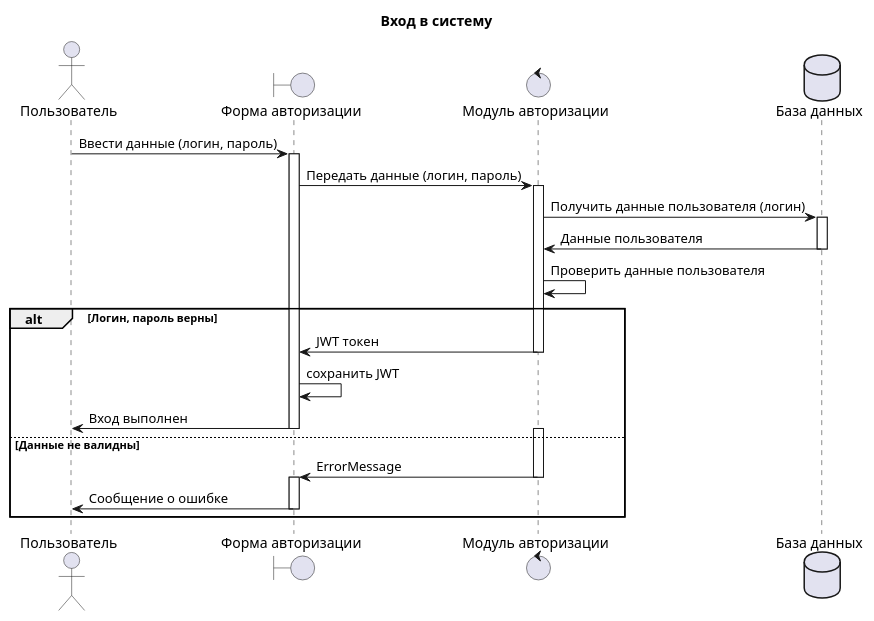
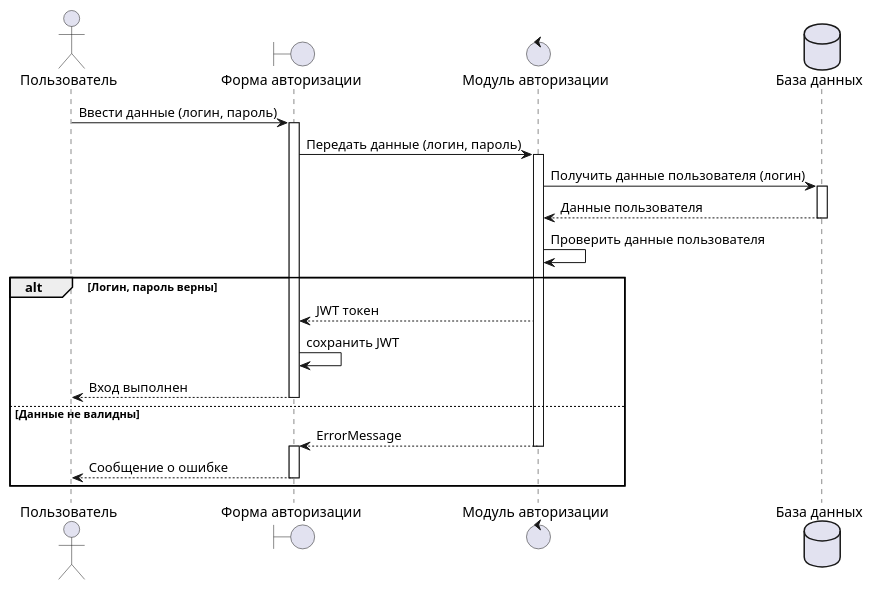
Before and after one commit to gtcoda/ARAS: the diagram in web/uml/login.puml, drawn with PlantUML. The commit also changed 10 other files, not shown here.

Commit message:
Доделал диаграммы последовательности

```diff
--- a/web/uml/login.puml
+++ b/web/uml/login.puml
@@ -1,34 +1,30 @@
 @startuml
-title "Вход в систему"
 actor "Пользователь" as User
 boundary "Форма авторизации" as loginForm
 control "Модуль авторизации" as loginModul
 database "База данных" as DB
 
-User -> loginForm : Ввести данные (логин, пароль)
-activate loginForm
-loginForm -> loginModul : Передать данные (логин, пароль)
-activate loginModul
-loginModul -> DB : Получить данные пользователя (логин)
-activate DB
-DB -> loginModul : Данные пользователя
-deactivate DB
+User -> loginForm ++ : Ввести данные (логин, пароль)
+loginForm -> loginModul ++ : Передать данные (логин, пароль)
+loginModul -> DB ++ : Получить данные пользователя (логин)
+
+loginModul <-- DB -- : Данные пользователя
+
 loginModul -> loginModul : Проверить данные пользователя
 
 alt Логин, пароль верны
-    loginModul -> loginForm : JWT токен
-    deactivate loginModul
+    loginForm <-- loginModul : JWT токен
+    
     loginForm -> loginForm : сохранить JWT
-    loginForm -> User : Вход выполнен
-    deactivate loginForm
+    User <-- loginForm --: Вход выполнен
 
 else Данные не валидны
-    activate loginModul
-    loginModul -> loginForm : ErrorMessage
-    deactivate loginModul
+    
+    loginForm <-- loginModul --: ErrorMessage
+    
     activate loginForm
-    loginForm -> User : Сообщение о ошибке
+    User <-- loginForm : Сообщение о ошибке
     deactivate loginForm
 end
 
 @enduml
```
